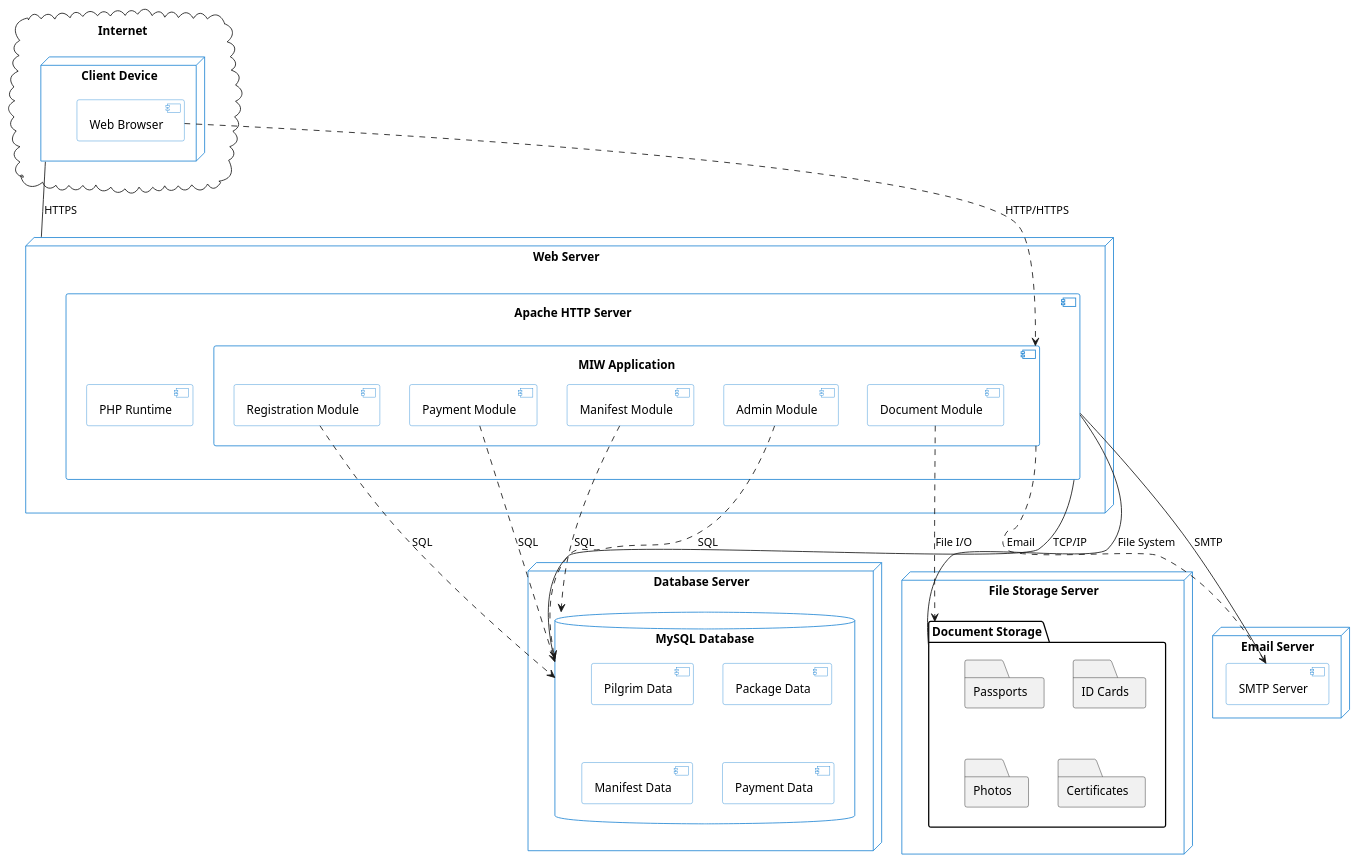
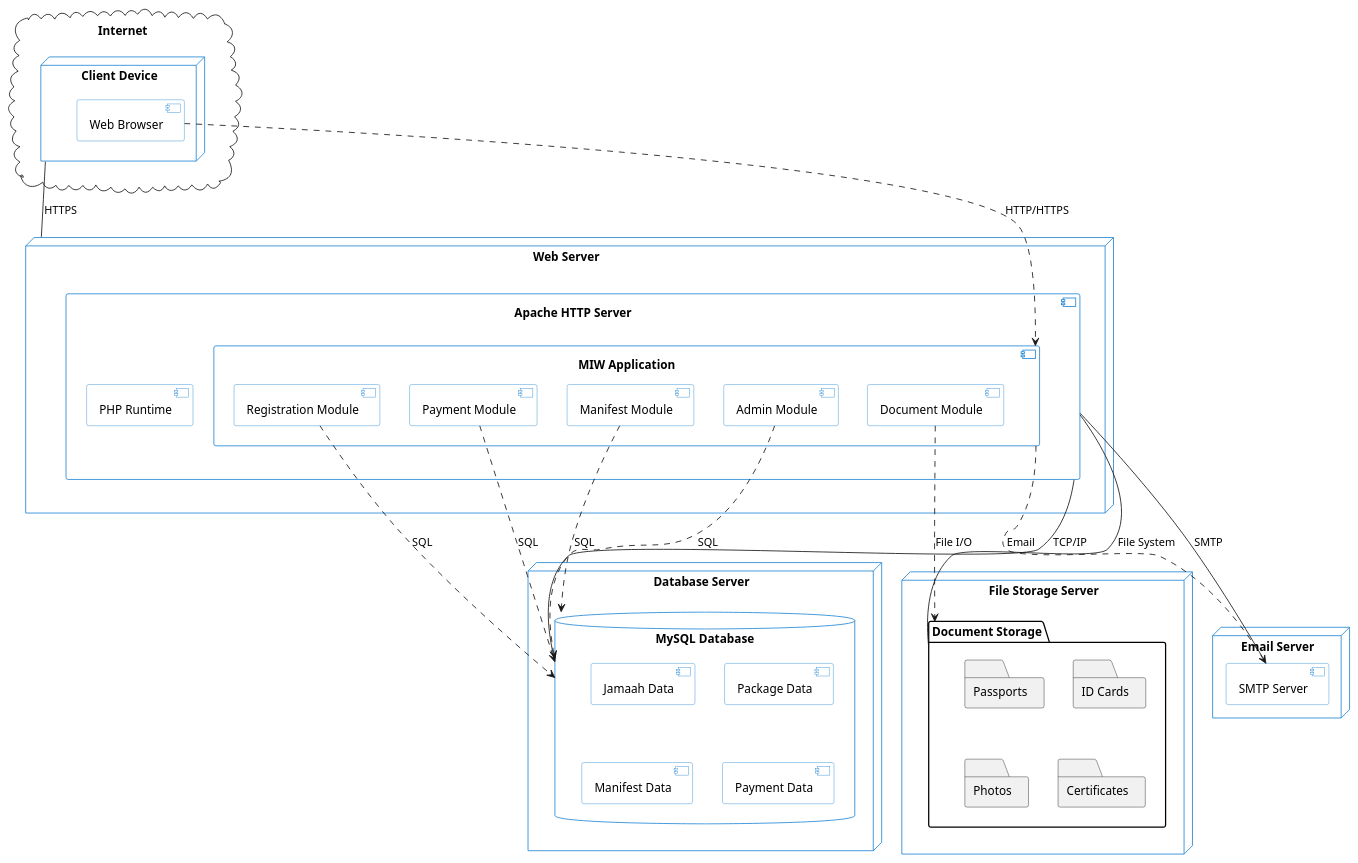
The diagram in diagram_surpass/deployment_diagram.puml (HoneyGun76/MIW), drawn with PlantUML before and after one commit. The commit also changed 101 other files, not shown here.

Commit message:
Backup before implementing black box testing - documentation and diagrams

```diff
--- a/diagram_surpass/deployment_diagram.puml
+++ b/diagram_surpass/deployment_diagram.puml
@@ -1,74 +1,74 @@
 @startuml MIW Deployment Diagram
 
 skinparam node {
     BackgroundColor White
     BorderColor #2688d4
 }
 
 skinparam database {
     BackgroundColor White
     BorderColor #2688d4
 }
 
 skinparam component {
     BackgroundColor White
     BorderColor #2688d4
 }
 
 cloud "Internet" {
     node "Client Device" as client {
         component "Web Browser" as browser
     }
 }
 
 node "Web Server" as webserver {
     component "Apache HTTP Server" as apache {
         component "PHP Runtime" as php
         component "MIW Application" as app {
             component "Registration Module" as reg
             component "Payment Module" as payment
             component "Document Module" as doc
             component "Manifest Module" as manifest
             component "Admin Module" as admin
         }
     }
 }
 
 node "Database Server" as dbserver {
     database "MySQL Database" as mysql {
-        [Pilgrim Data]
+        [Jamaah Data]
         [Package Data]
         [Manifest Data]
         [Payment Data]
     }
 }
 
 node "File Storage Server" as fileserver {
     folder "Document Storage" as docs {
         folder "Passports"
         folder "ID Cards"
         folder "Photos"
         folder "Certificates"
     }
 }
 
 node "Email Server" as mailserver {
     component "SMTP Server" as smtp
 }
 
 ' Connections
 client -- webserver : HTTPS
 apache -- mysql : TCP/IP
 apache -- docs : File System
 apache -- smtp : SMTP
 
 ' Dependencies
 browser ..> app : HTTP/HTTPS
 reg ..> mysql : SQL
 payment ..> mysql : SQL
 doc ..> docs : File I/O
 manifest ..> mysql : SQL
 admin ..> mysql : SQL
 app ..> smtp : Email
 
 @enduml
```
